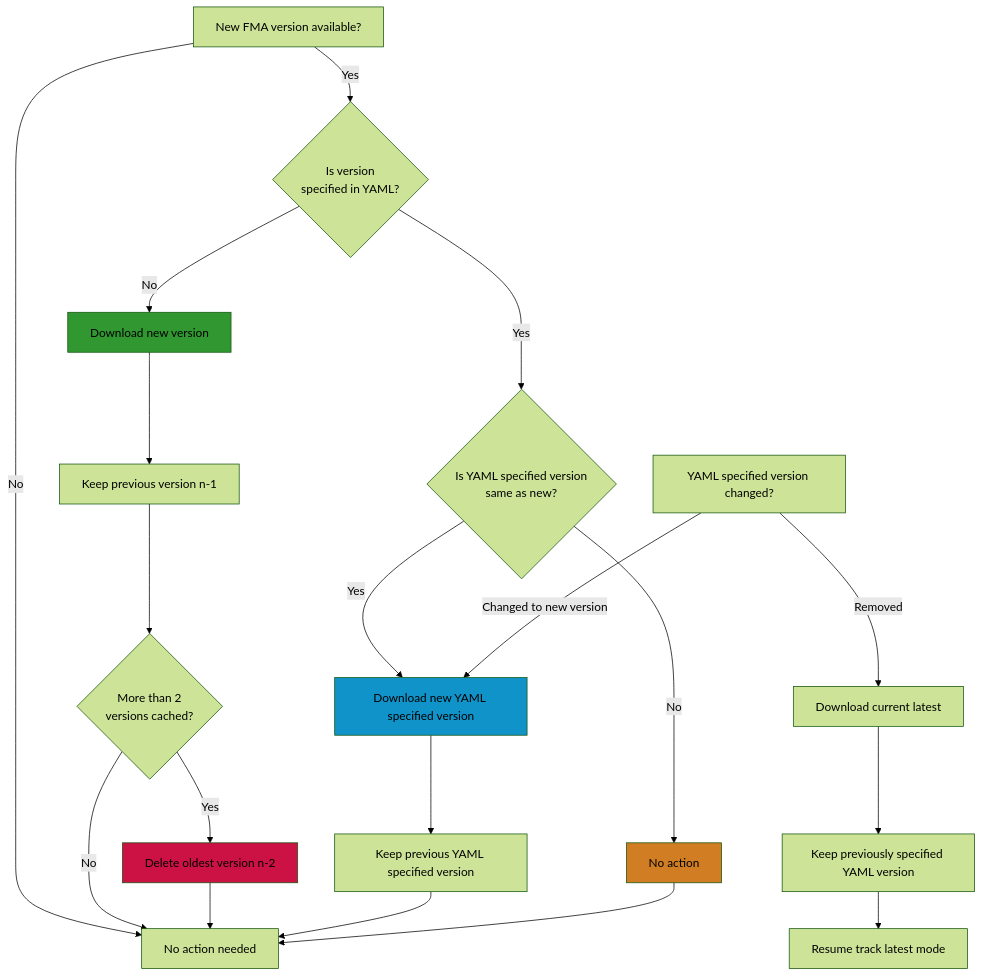
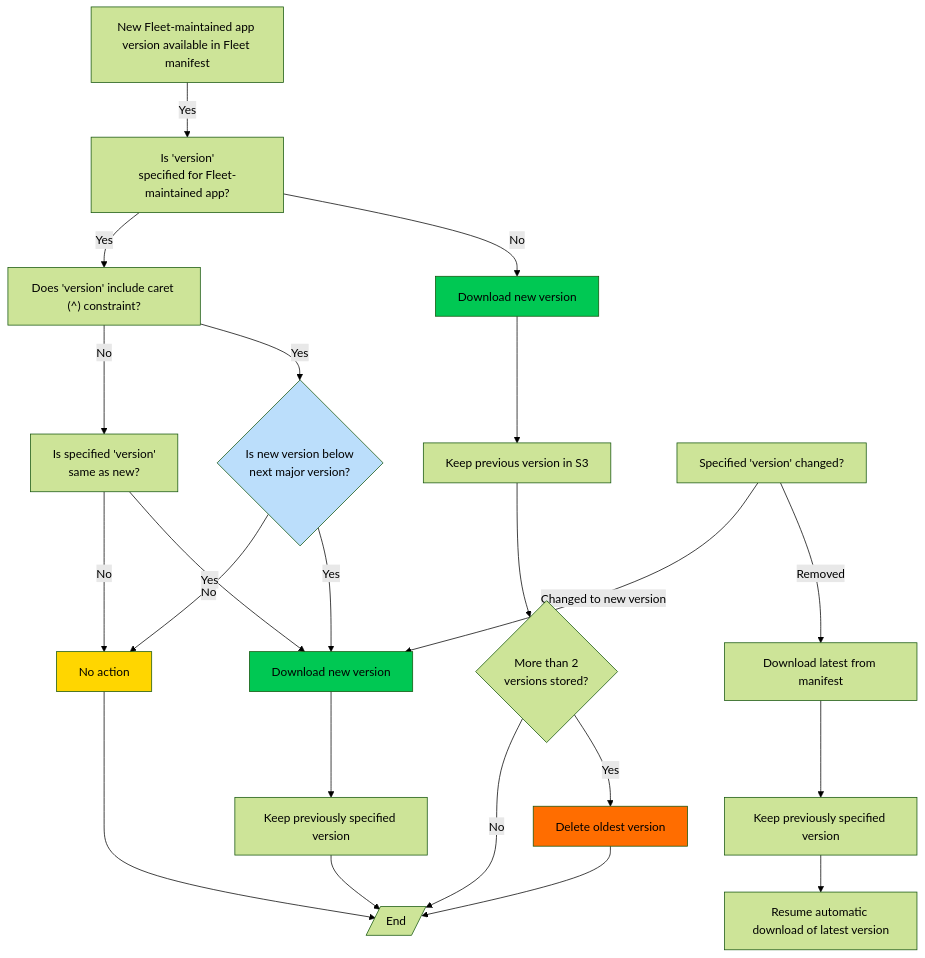
The fifth of 5 diagrams in docs/Contributing/product-groups/software/rollback-fleet-maintained-app-version.md (fleetdm/fleet), drawn with Mermaid (forest theme) before and after one commit. The commit also changed other lines of this file, not shown here.

First line of the commit message:
[Diagram] Pin Fleet-maintained app to major version via GitOps #38988 (#40801)

````diff
--- a/docs/Contributing/product-groups/software/rollback-fleet-maintained-app-version.md
+++ b/docs/Contributing/product-groups/software/rollback-fleet-maintained-app-version.md
@@ -142,30 +209,30 @@
 ```mermaid
-flowchart TD
-    A[New FMA version available?] -->|Yes| B{Is version<br/>specified in YAML?}
-    A -->|No| Z[No action needed]
-    
-    B -->|No| C[Download new version]
-    C --> D[Keep previous version n-1]
-    D --> E{More than 2<br/>versions cached?}
-    E -->|Yes| F[Delete oldest version n-2]
-    E -->|No| Z
+flowchart TB
+    A["New Fleet-maintained app version available in Fleet manifest"] -- Yes --> B["Is 'version'<br>specified for Fleet-maintained app?"]
+    B -- No --> C["Download new version"]
+    C --> D["Keep previous version in S3"]
+    D --> E{"More than 2<br>versions stored?"}
+    E -- Yes --> F["Delete oldest version"]
+    E -- No --> Z[/"End"/]
     F --> Z
-    
-    B -->|Yes| G{Is YAML specified version<br/>same as new?}
-    G -->|Yes| H[Download new YAML specified version]
-    H --> I[Keep previous YAML specified version]
+    B -- Yes --> BC["Does 'version' include caret (^) constraint?"]
+    BC -- Yes --> BCC{"Is new version below<br>next major version?"}
+    BCC -- Yes --> H["Download new version"]
+    BCC -- No --> J["No action"]
+    BC -- No --> G["Is specified 'version'<br>same as new?"]
+    G -- Yes --> H
+    H --> I["Keep previously specified version"]
     I --> Z
-    G -->|No| J[No action]
+    G -- No --> J
     J --> Z
+    K["Specified 'version' changed?"] -- Removed --> L["Download latest from manifest"]
+    L --> M["Keep previously specified version"]
+    M --> N["Resume automatic download of latest version"]
+    K -- Changed to new version --> H
 
-    K[YAML specified version changed?] -->|Removed| L[Download current latest]
-    L --> M[Keep previously specified YAML version]
-    M --> N[Resume track latest mode]
-    
-    K -->|Changed to new version| H
-
-    style C fill:#319831
-    style H fill:#0F93C9
-    style F fill:#CC1144
-    style J fill:#D07D24
+    style C fill:#00C853
+    style F fill:#FF6D00
+    style BCC fill:#BBDEFB
+    style H fill:#00C853
+    style J fill:#FFD600
 ```
````
